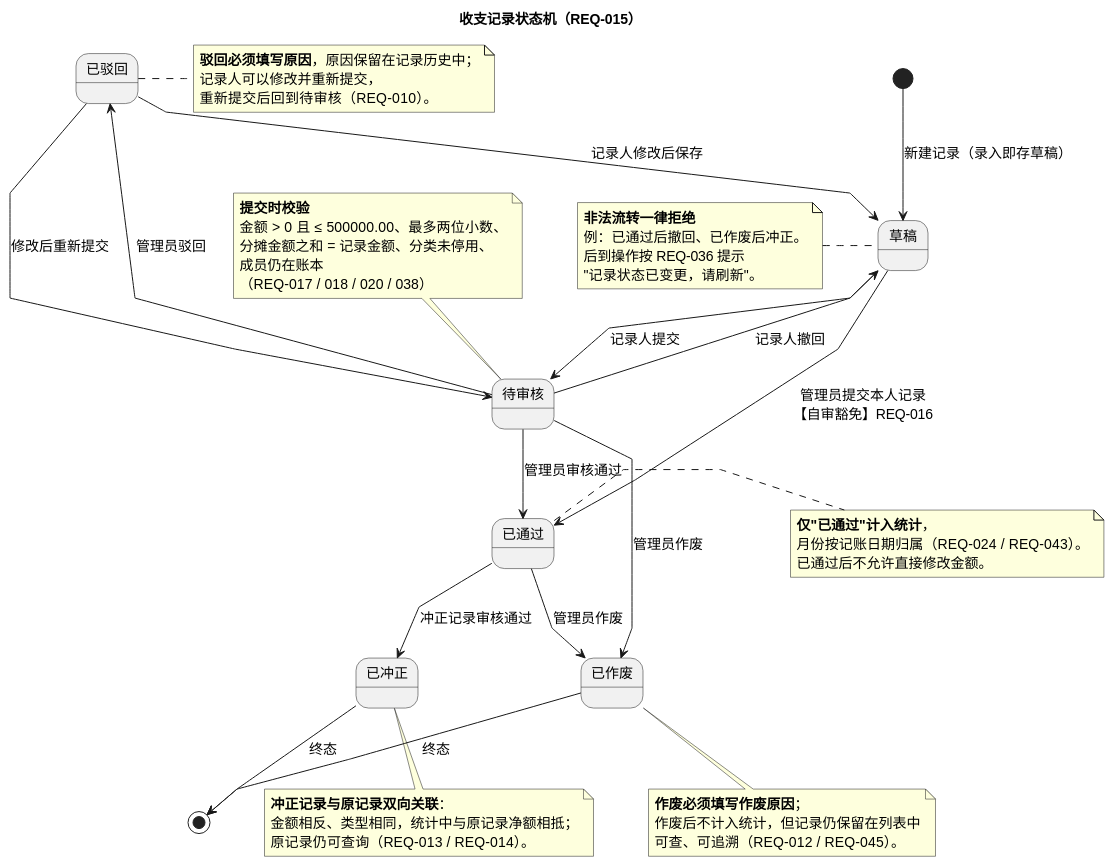
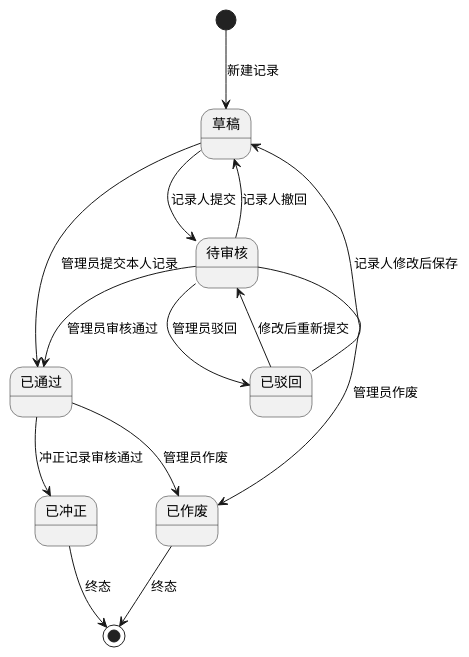
One commit to Gingersleaf/SE_lab1 changed the diagram in lab2/UML/UML状态图_收支记录.puml. Above: the diagram before and after it, drawn with PlantUML. The commit also changed 9 other files, not shown here.

```diff
--- a/lab2/UML/UML状态图_收支记录.puml
+++ b/lab2/UML/UML状态图_收支记录.puml
@@ -1,80 +1,30 @@
-@startuml UML状态图_收支记录
-'============================================================
-' 多人共享记账系统 —— 收支记录状态机（行为性图）
-' 对应 REQ-015 状态流转规则表
-'============================================================
-title 收支记录状态机（REQ-015）
+@startuml "状态图 - 收支记录"
+skinparam defaultFontName "Microsoft YaHei"
 skinparam backgroundColor #FFFFFF
-skinparam defaultFontName "Microsoft YaHei"
-skinparam defaultFontSize 14
-skinparam shadowing false
-skinparam linetype polyline
-skinparam nodesep 55
-skinparam ranksep 60
 
-[*] --> DRAFT : 新建记录（录入即存草稿）
-
-state "草稿" as DRAFT
-state "待审核" as PENDING
-state "已通过" as APPROVED
-state "已驳回" as REJECTED
-state "已作废" as VOIDED
-state "已冲正" as REVERSED
+[*] --> DRAFT : 新建记录
 
 DRAFT --> PENDING : 记录人提交
-DRAFT --> APPROVED : 管理员提交本人记录\n【自审豁免】REQ-016
+DRAFT --> APPROVED : 管理员提交本人记录
 
 PENDING --> APPROVED : 管理员审核通过
 PENDING --> REJECTED : 管理员驳回
 PENDING --> DRAFT : 记录人撤回
 PENDING --> VOIDED : 管理员作废
 
 REJECTED --> DRAFT : 记录人修改后保存
 REJECTED --> PENDING : 修改后重新提交
 
 APPROVED --> VOIDED : 管理员作废
 APPROVED --> REVERSED : 冲正记录审核通过
 
 VOIDED --> [*] : 终态
 REVERSED --> [*] : 终态
 
-note top of PENDING
-  <b>提交时校验</b>
-  金额 > 0 且 ≤ 500000.00、最多两位小数、
-  分摊金额之和 = 记录金额、分类未停用、
-  成员仍在账本
-  （REQ-017 / 018 / 020 / 038）
-end note
-
-note right of REJECTED
-  <b>驳回必须填写原因</b>，原因保留在记录历史中；
-  记录人可以修改并重新提交，
-  重新提交后回到待审核（REQ-010）。
-end note
-
-note right of APPROVED
-  <b>仅"已通过"计入统计</b>，
-  月份按记账日期归属（REQ-024 / REQ-043）。
-  已通过后不允许直接修改金额。
-end note
-
-note bottom of VOIDED
-  <b>作废必须填写作废原因</b>；
-  作废后不计入统计，但记录仍保留在列表中
-  可查、可追溯（REQ-012 / REQ-045）。
-end note
-
-note bottom of REVERSED
-  <b>冲正记录与原记录双向关联</b>：
-  金额相反、类型相同，统计中与原记录净额相抵；
-  原记录仍可查询（REQ-013 / REQ-014）。
-end note
-
-note left of DRAFT
-  <b>非法流转一律拒绝</b>
-  例：已通过后撤回、已作废后冲正。
-  后到操作按 REQ-036 提示
-  "记录状态已变更，请刷新"。
-end note
-
+state "草稿" as DRAFT
+state "待审核" as PENDING
+state "已通过" as APPROVED
+state "已驳回" as REJECTED
+state "已作废" as VOIDED
+state "已冲正" as REVERSED
 @enduml
```
